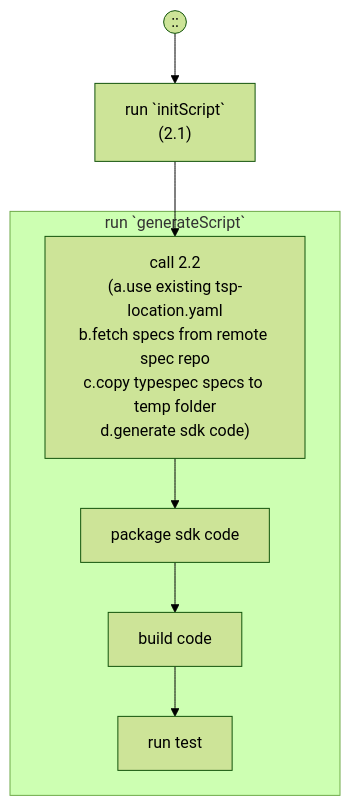
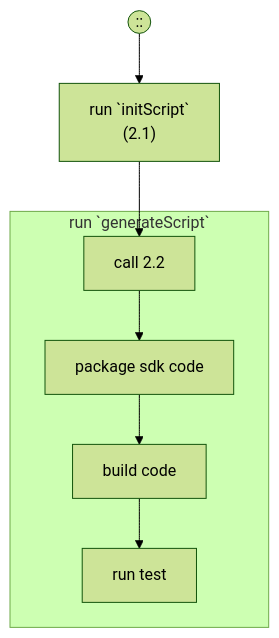
The fifth of 5 diagrams in documentation/typespec-end-to-end-scenarios.md (Azure/azure-rest-api-specs), drawn with Mermaid (forest theme) before and after one commit. The commit also changed other lines of this file, not shown here.

````diff
--- a/documentation/typespec-end-to-end-scenarios.md
+++ b/documentation/typespec-end-to-end-scenarios.md
@@ -239,22 +235,18 @@
 ```mermaid
 flowchart TD;
   classDef manualStep fill:#ffd700
   classDef automationStep fill:#7de188
   Pipeline((::))-->A
 A["run `initScript`
 (2.1)"]-->C
 subgraph B["run `generateScript`"]
   C
   E
   F
   G
 end
-C["call 2.2
-(a.use existing tsp-location.yaml
-b.fetch specs from remote spec repo
-c.copy typespec specs to temp folder
-d.generate sdk code)"]-->E
+C["call 2.2"]-->E
 E["package sdk code"]-->F
 F["build code"]-->G
 G["run test"]
 ```
````
